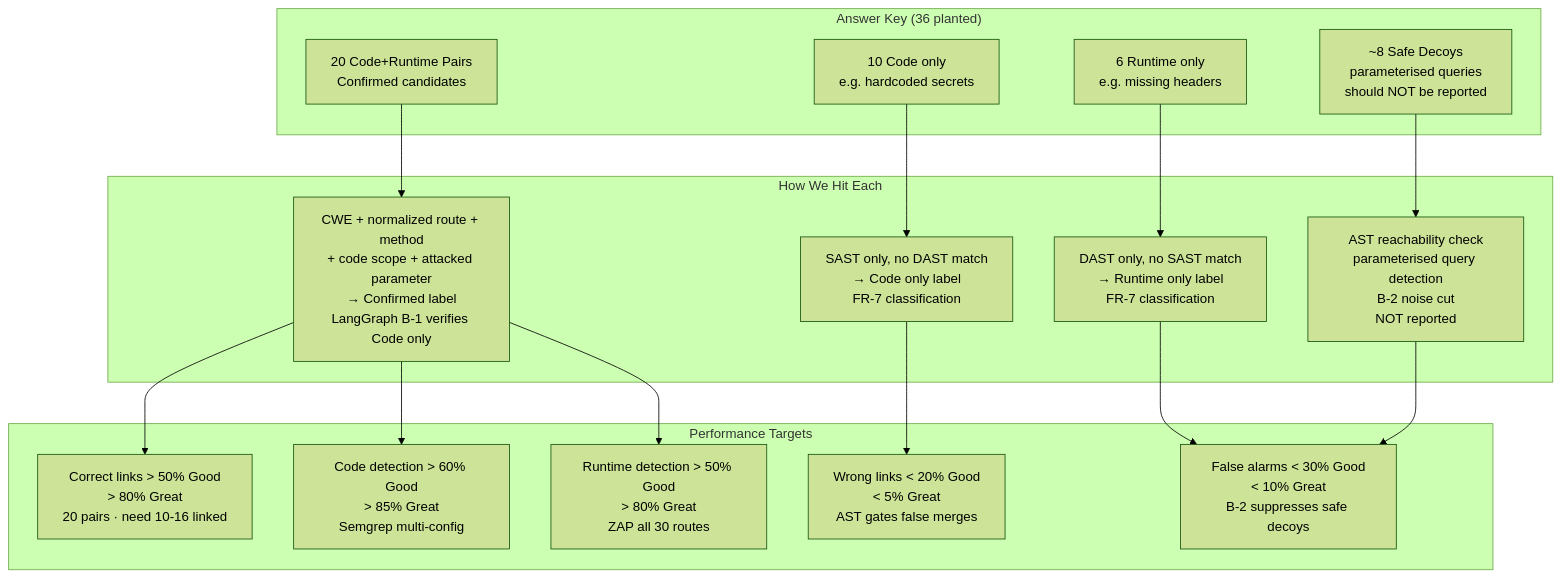
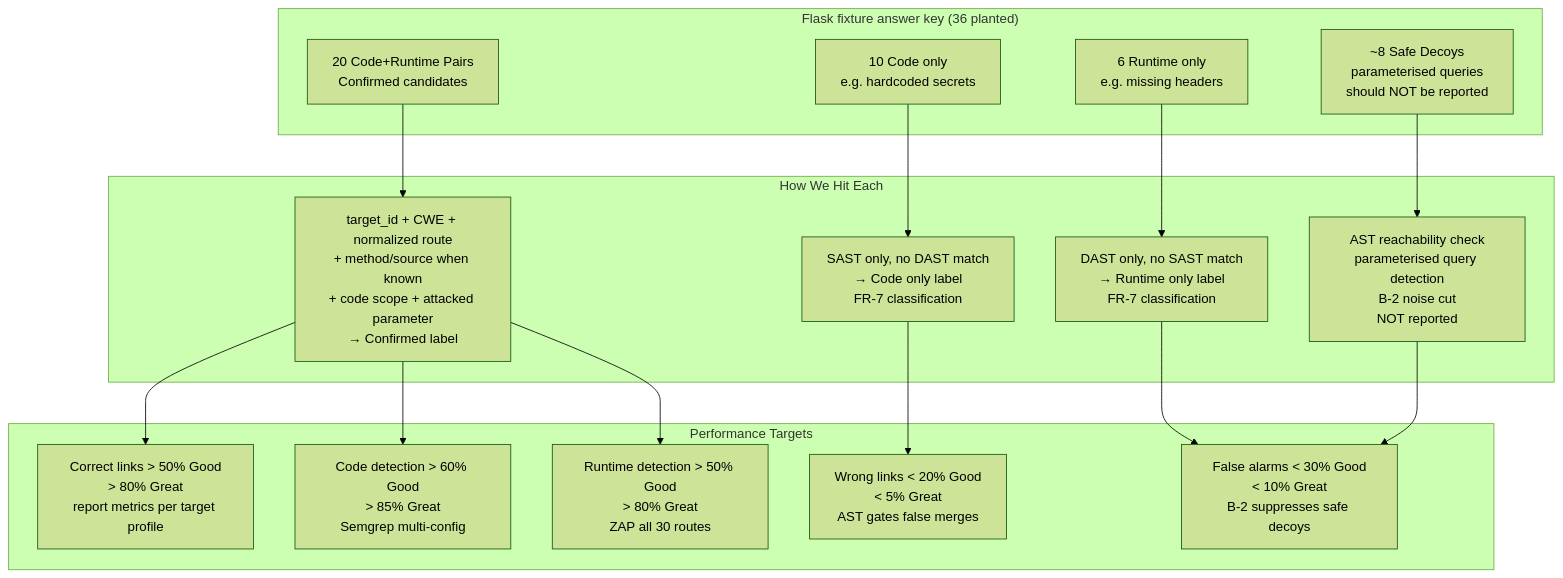
Before and after one commit to Halcyora/mitigata: diagram 22 of 25 in docs/P06-Architecture.md, drawn with Mermaid (forest theme). The commit also changed other lines of this file and 2 other files, not shown here.

First line of the commit message:
Enhance correlation engine documentation with target_id requirements and clarify merging logic

````diff
--- a/docs/P06-Architecture.md
+++ b/docs/P06-Architecture.md
@@ -764,31 +783,31 @@
 ```mermaid
 graph TD
-    subgraph AK["Answer Key (36 planted)"]
+    subgraph AK["Flask fixture answer key (36 planted)"]
         P20["20 Code+Runtime Pairs\nConfirmed candidates"]
         P10["10 Code only\ne.g. hardcoded secrets"]
         P6["6 Runtime only\ne.g. missing headers"]
         P8["~8 Safe Decoys\nparameterised queries\nshould NOT be reported"]
     end
 
     subgraph HOW["How We Hit Each"]
-        H20["CWE + normalized route + method\n+ code scope + attacked parameter\n→ Confirmed label\nLangGraph B-1 verifies Code only"]
+        H20["target_id + CWE + normalized route\n+ method/source when known\n+ code scope + attacked parameter\n→ Confirmed label"]
         H10["SAST only, no DAST match\n→ Code only label\nFR-7 classification"]
         H6["DAST only, no SAST match\n→ Runtime only label\nFR-7 classification"]
         H8["AST reachability check\nparameterised query detection\nB-2 noise cut\nNOT reported"]
     end
 
     subgraph TARGETS["Performance Targets"]
-        T1["Correct links > 50% Good\n> 80% Great\n20 pairs · need 10-16 linked"]
+        T1["Correct links > 50% Good\n> 80% Great\nreport metrics per target profile"]
         T2["Wrong links < 20% Good\n< 5% Great\nAST gates false merges"]
         T3["False alarms < 30% Good\n< 10% Great\nB-2 suppresses safe decoys"]
         T4["Code detection > 60% Good\n> 85% Great\nSemgrep multi-config"]
         T5["Runtime detection > 50% Good\n> 80% Great\nZAP all 30 routes"]
     end
 
     P20 --> H20 --> T1
     P10 --> H10 --> T2
     P6 --> H6 --> T3
     P8 --> H8 --> T3
     H20 --> T4
     H20 --> T5
 ```
````
